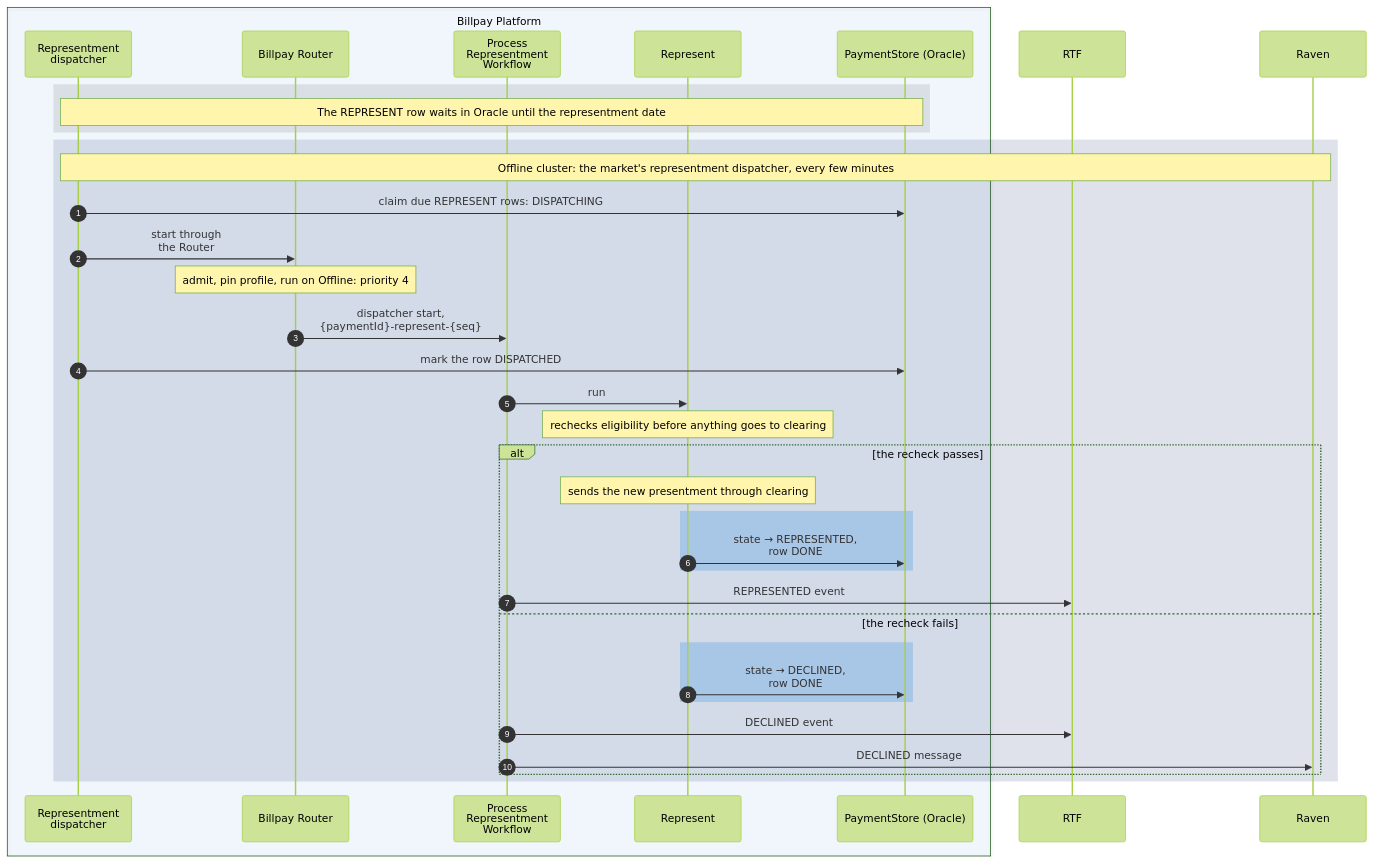
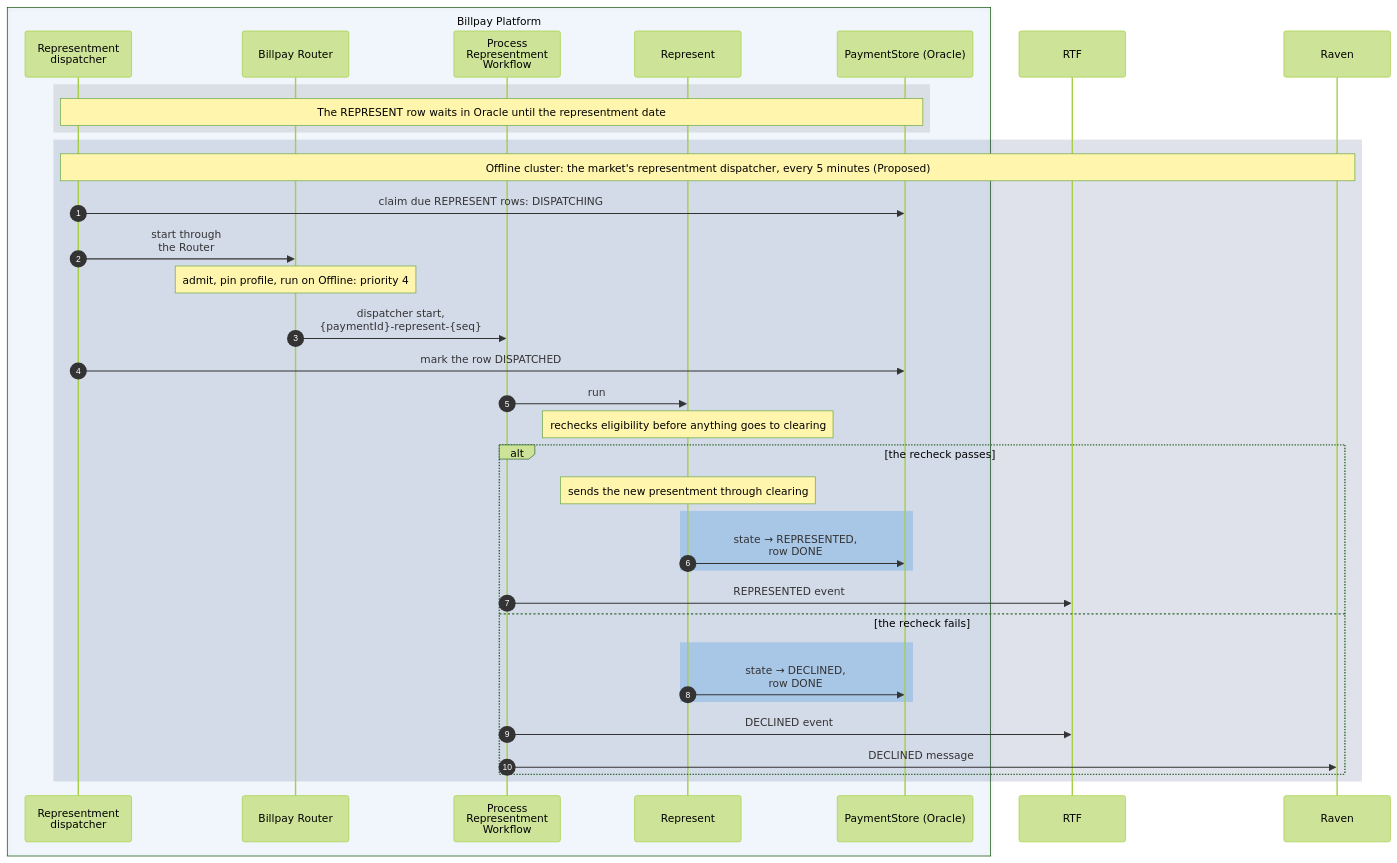
The eighth of 16 diagrams in website/docs/design/sequence-diagrams.md (arunav-bhattacharya/billpay-book), drawn with Mermaid (forest theme) before and after one commit. The commit also changed other lines of this file and 36 other files, not shown here.

````diff
--- a/website/docs/design/sequence-diagrams.md
+++ b/website/docs/design/sequence-diagrams.md
@@ -549,48 +549,48 @@
 ```mermaid
 ---
 config:
   fontFamily: "BentonSansUI, Helvetica, Arial, sans-serif"
   fontSize: 15
 ---
 sequenceDiagram
   autonumber
 
   box rgba(0,111,207,0.05) Billpay Platform
     participant RPD as Representment<br/>dispatcher
     participant R as Billpay Router
     participant WF as Process<br/>Representment<br/>Workflow
     participant REP as Represent
     participant PS as PaymentStore (Oracle)
   end
 
   participant RTF
   participant RAV as Raven
 
   rect rgba(83,86,90,0.14)
     Note over RPD,PS: The REPRESENT row waits in Oracle until the representment date
   end
 
   rect rgba(0,23,90,0.12)
-    Note over RPD,RAV: Offline cluster: the market's representment dispatcher, every few minutes
+    Note over RPD,RAV: Offline cluster: the market's representment dispatcher, every 5 minutes (Proposed)
     RPD->>PS: claim due REPRESENT rows: DISPATCHING
     RPD->>R: start through<br/>the Router
     Note over R: admit, pin profile, run on Offline: priority 4
     R->>WF: dispatcher start,<br/>{paymentId}-represent-{seq}
     RPD->>PS: mark the row DISPATCHED
     WF->>REP: run
     Note over REP: rechecks eligibility before anything goes to clearing
     alt the recheck passes
       Note over REP: sends the new presentment through clearing
       rect rgba(102,169,226,0.40)
         REP->>PS: state → REPRESENTED,<br/>row DONE
       end
       WF->>RTF: REPRESENTED event
     else the recheck fails
       rect rgba(102,169,226,0.40)
         REP->>PS: state → DECLINED,<br/>row DONE
       end
       WF->>RTF: DECLINED event
       WF->>RAV: DECLINED message
     end
   end
 ```
````
